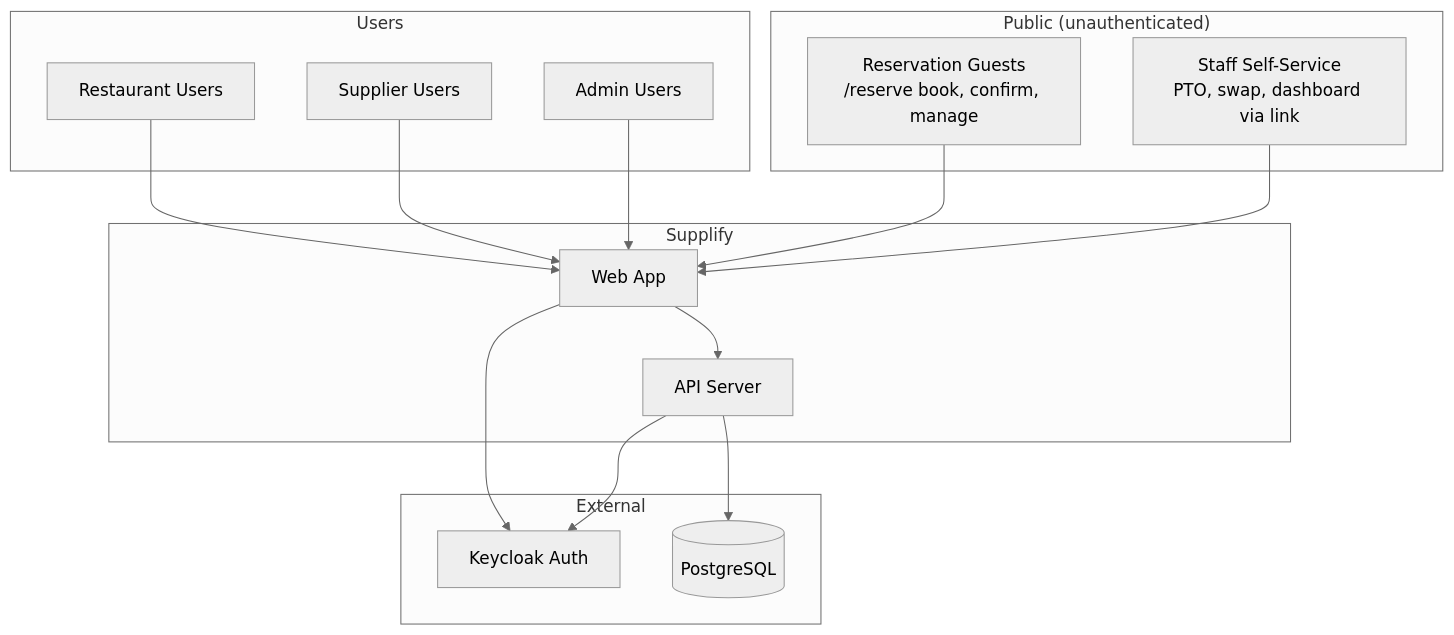
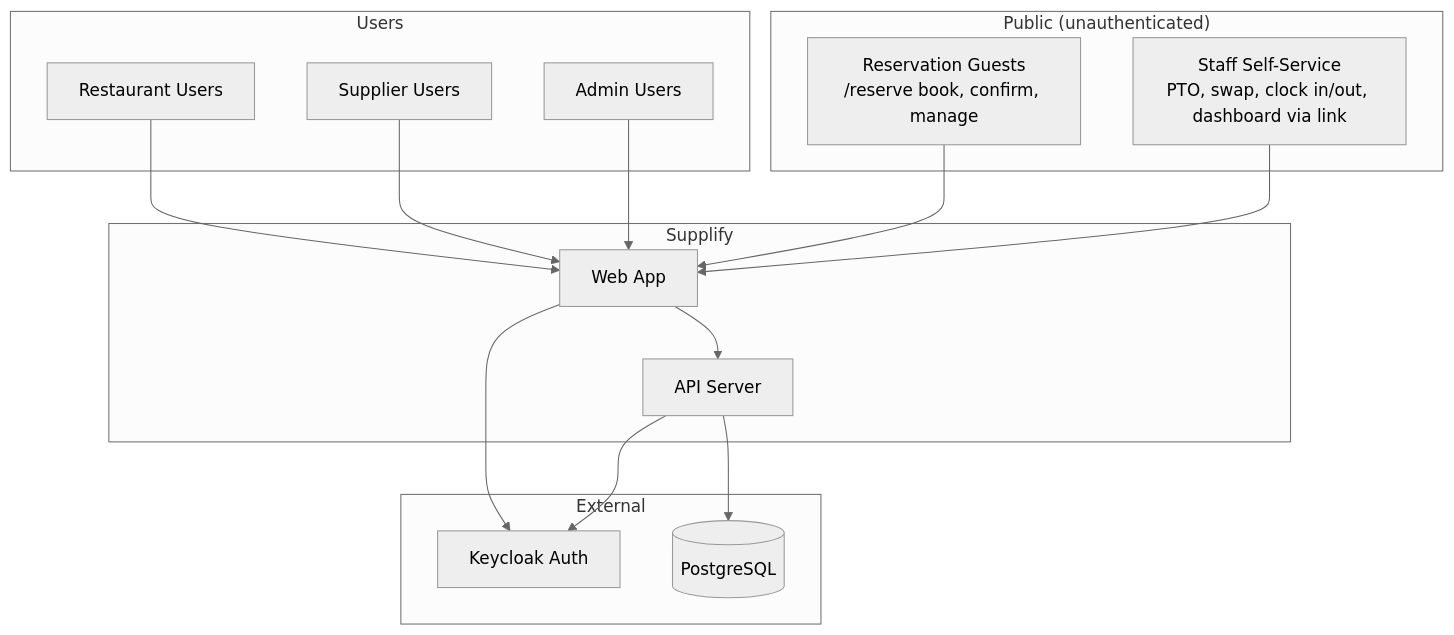
Before and after one commit to ghadimdallaldev/supplify_erp: the diagram in docs/blueprint/system_context.mmd, drawn with Mermaid (neutral theme). The commit also changed 4 other files, not shown here.

```diff
--- a/docs/blueprint/system_context.mmd
+++ b/docs/blueprint/system_context.mmd
@@ -1,31 +1,31 @@
 flowchart TB
   subgraph Users
     Restaurant[Restaurant Users]
     Supplier[Supplier Users]
     Admin[Admin Users]
   end
 
   subgraph Public[" Public (unauthenticated) "]
     Guest[Reservation Guests\n/reserve book, confirm, manage]
-    StaffPortal[Staff Self-Service\nPTO, swap, dashboard via link]
+    StaffPortal[Staff Self-Service\nPTO, swap, clock in/out, dashboard via link]
   end
 
   subgraph Supplify[" Supplify "]
     Web[Web App]
     API[API Server]
   end
 
   subgraph External
     Keycloak[Keycloak Auth]
     DB[(PostgreSQL)]
   end
 
   Restaurant --> Web
   Supplier --> Web
   Admin --> Web
   Guest --> Web
   StaffPortal --> Web
   Web --> API
   Web --> Keycloak
   API --> Keycloak
   API --> DB
```
